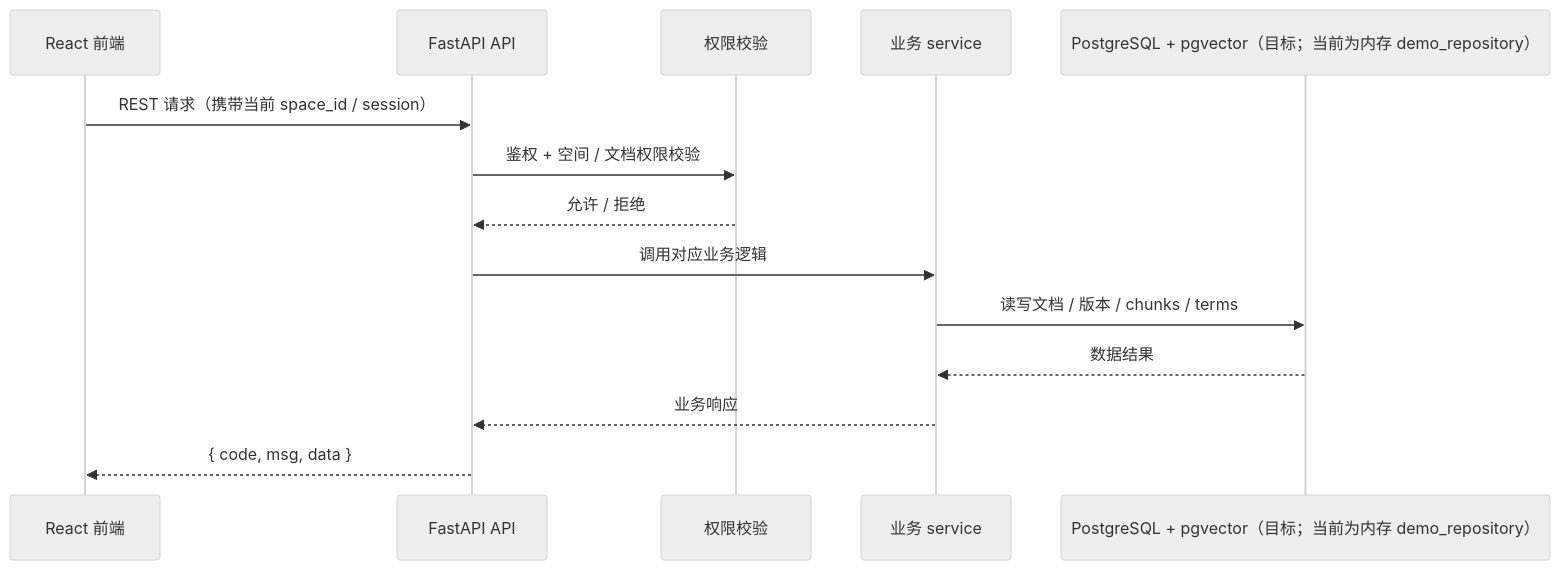
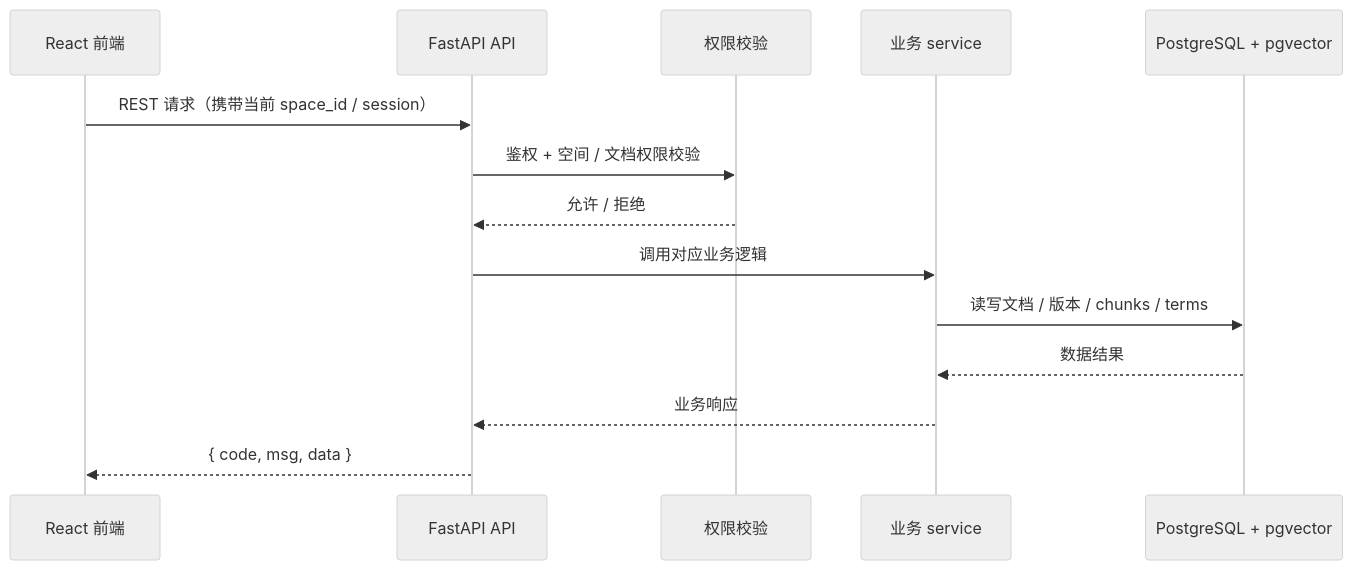
Before and after one commit to emily8421/LUMEN-DEMO: the diagram in docs/07-api-spec.md, drawn with Mermaid (neutral theme). The commit also changed other lines of this file and 2 other files, not shown here.

Commit message:
docs(phase1): align architecture and api status (#57)

````diff
--- a/docs/07-api-spec.md
+++ b/docs/07-api-spec.md
@@ -183,16 +183,16 @@
 ```mermaid
 sequenceDiagram
   participant UI as React 前端
   participant API as FastAPI API
   participant Auth as 权限校验
   participant Service as 业务 service
-  participant DB as PostgreSQL + pgvector（目标；当前为内存 demo_repository）
+  participant DB as PostgreSQL + pgvector
   UI->>API: REST 请求（携带当前 space_id / session）
   API->>Auth: 鉴权 + 空间 / 文档权限校验
   Auth-->>API: 允许 / 拒绝
   API->>Service: 调用对应业务逻辑
   Service->>DB: 读写文档 / 版本 / chunks / terms
   DB-->>Service: 数据结果
   Service-->>API: 业务响应
   API-->>UI: { code, msg, data }
 ```
````
